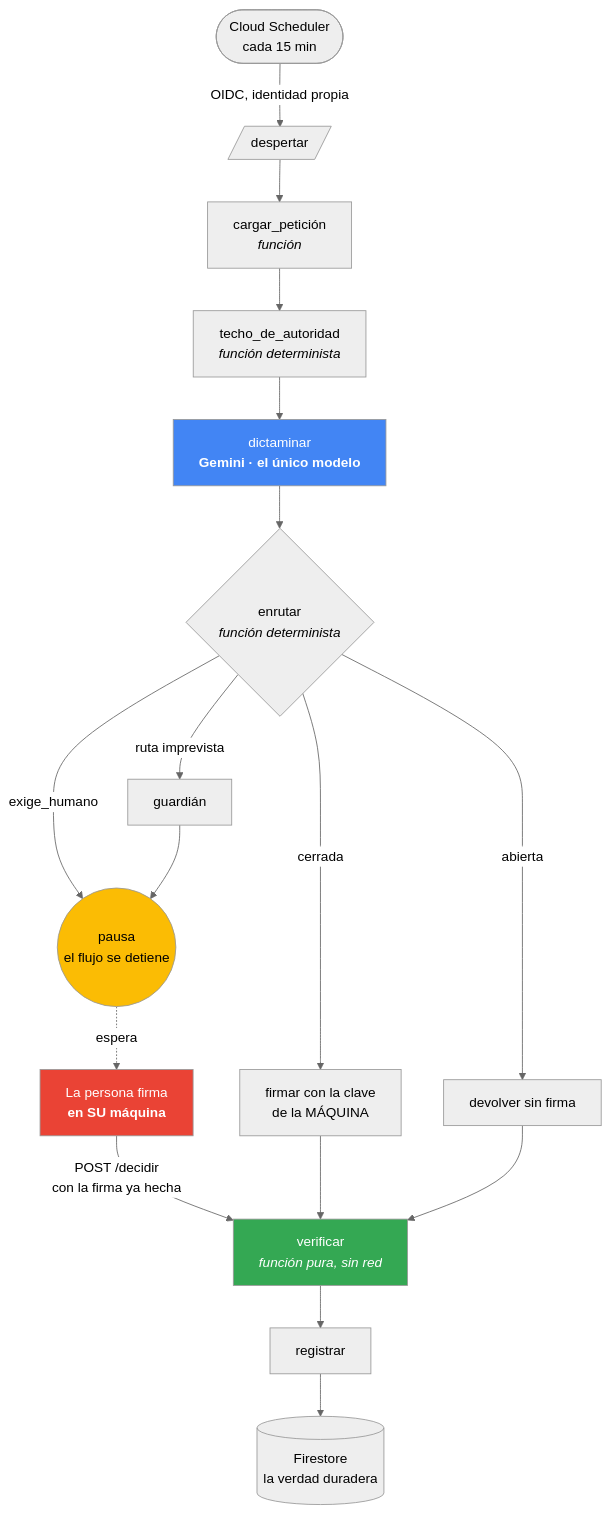
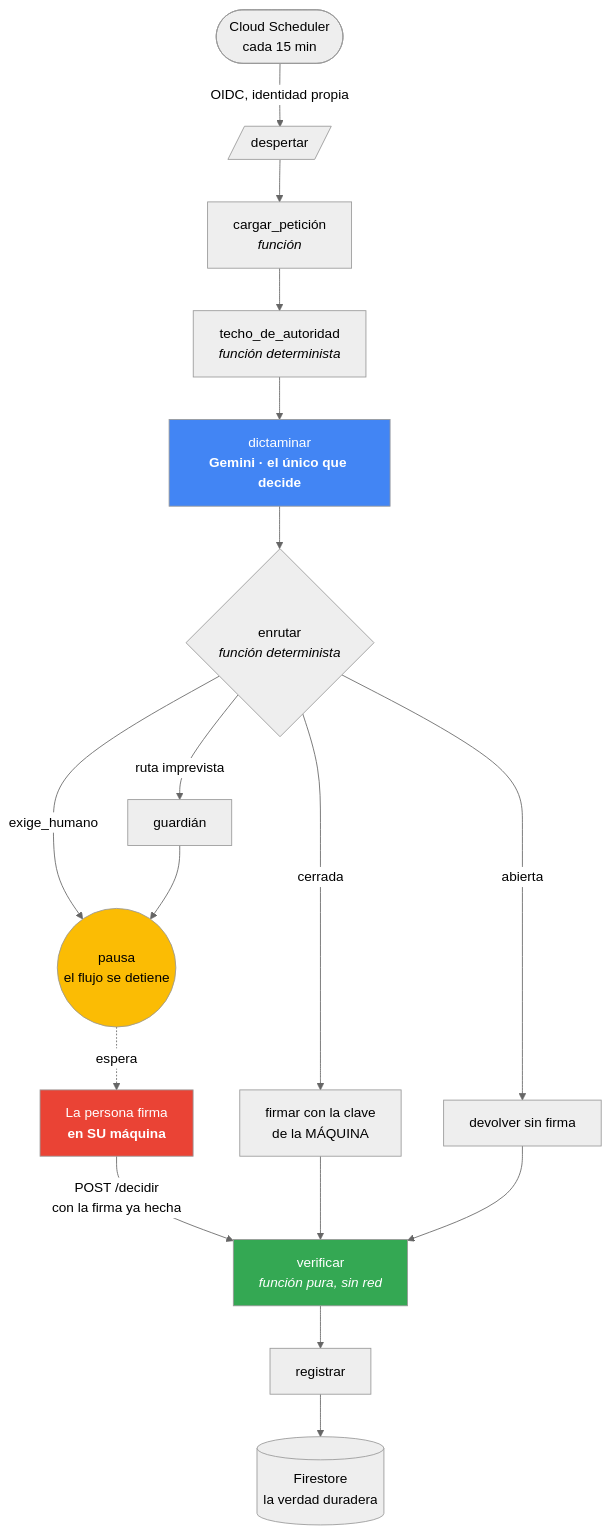
One commit to soyharso/agent-identity-firma changed the diagram in README.md. Above: the diagram before and after it, drawn with Mermaid (neutral theme). The commit also changed other lines of this file and 6 other files, not shown here.

````diff
--- a/README.md
+++ b/README.md
@@ -20,23 +20,23 @@
 ```mermaid
 flowchart TD
     T([Cloud Scheduler<br/>cada 15 min]) -->|OIDC, identidad propia| D[/despertar/]
     D --> C[cargar_petición<br/><i>función</i>]
     C --> TE[techo_de_autoridad<br/><i>función determinista</i>]
-    TE --> G[dictaminar<br/><b>Gemini · el único modelo</b>]
+    TE --> G[dictaminar<br/><b>Gemini · el único que decide</b>]
     G --> R{enrutar<br/><i>función determinista</i>}
     R -->|cerrada| FM[firmar con la clave<br/>de la MÁQUINA]
     R -->|exige_humano| P((pausa<br/>el flujo se detiene))
     R -->|abierta| DV[devolver sin firma]
     R -->|ruta imprevista| GU[guardián] --> P
     P -.espera.-> H[La persona firma<br/><b>en SU máquina</b>]
     H -->|POST /decidir<br/>con la firma ya hecha| V
     FM --> V[verificar<br/><i>función pura, sin red</i>]
     DV --> V
     V --> RG[registrar]
     RG --> FS[(Firestore<br/>la verdad duradera)]
 
     style G fill:#4285f4,color:#fff
     style P fill:#fbbc04,color:#000
     style V fill:#34a853,color:#fff
     style H fill:#ea4335,color:#fff
 ```
````
